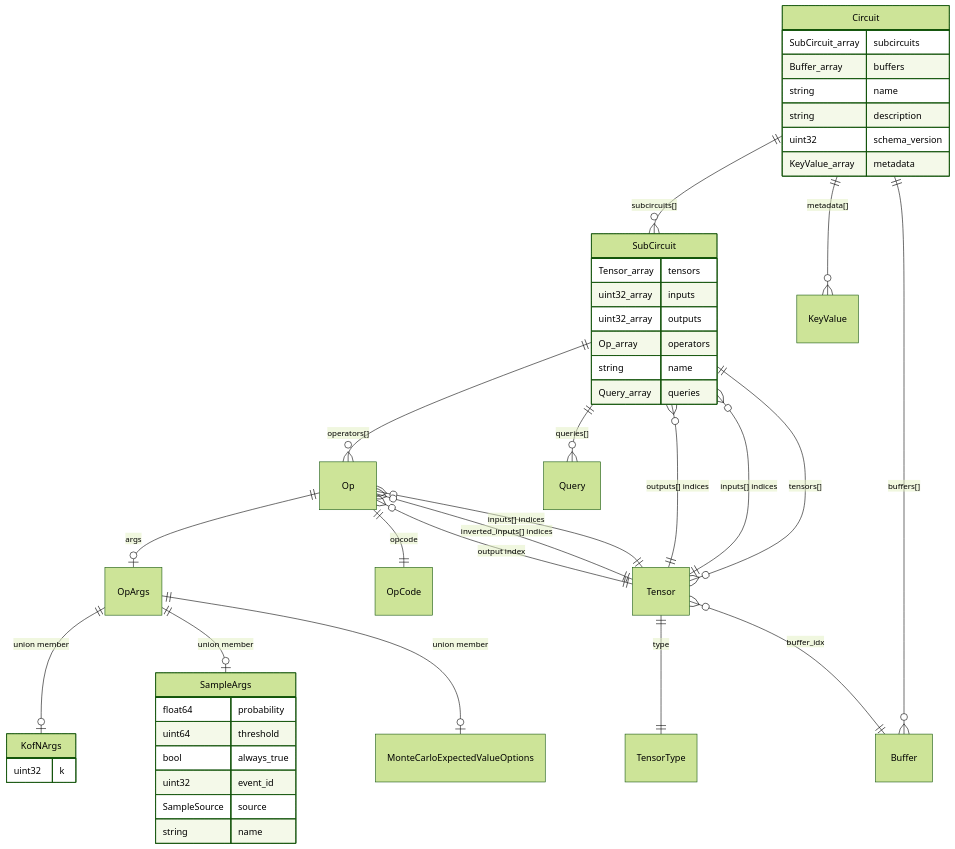
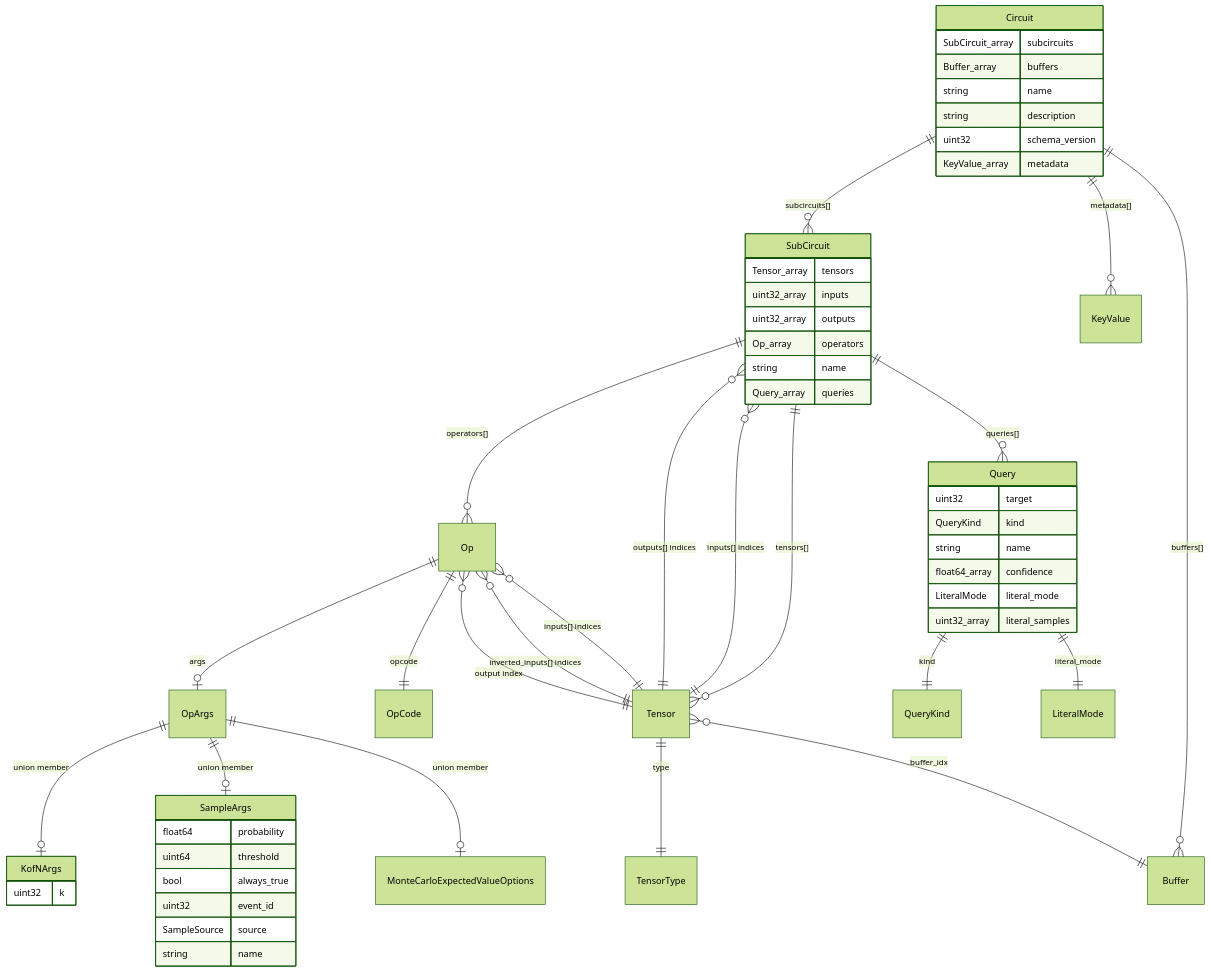
The diagram in README.md (fuzzybit-org/pcfb), drawn with Mermaid (forest theme) before and after one commit. The commit also changed other lines of this file and 22 other files, not shown here.

First line of the commit message:
feat(schema): literal atoms per hull query (v1.2 amendment) (#12)

````diff
--- a/README.md
+++ b/README.md
@@ -50,56 +50,68 @@
 ```mermaid
 erDiagram
     Circuit ||--o{ SubCircuit : "subcircuits[]"
     Circuit ||--o{ Buffer : "buffers[]"
     Circuit ||--o{ KeyValue : "metadata[]"
 
     SubCircuit ||--o{ Tensor : "tensors[]"
     SubCircuit ||--o{ Op : "operators[]"
     SubCircuit ||--o{ Query : "queries[]"
     SubCircuit }o--|| Tensor : "inputs[] indices"
     SubCircuit }o--|| Tensor : "outputs[] indices"
 
     Op ||--|| OpCode : "opcode"
     Op ||--o| OpArgs : "args"
     Op }o--|| Tensor : "inputs[] indices"
     Op }o--|| Tensor : "inverted_inputs[] indices"
     Op }o--|| Tensor : "output index"
 
     Tensor ||--|| TensorType : "type"
     Tensor }o--|| Buffer : "buffer_idx"
 
     OpArgs ||--o| KofNArgs : "union member"
     OpArgs ||--o| SampleArgs : "union member"
     OpArgs ||--o| MonteCarloExpectedValueOptions : "union member"
+
+    Query ||--|| QueryKind : "kind"
+    Query ||--|| LiteralMode : "literal_mode"
 
     Circuit {
         SubCircuit_array subcircuits
         Buffer_array buffers
         string name
         string description
         uint32 schema_version
         KeyValue_array metadata
     }
 
     SubCircuit {
         Tensor_array tensors
         uint32_array inputs
         uint32_array outputs
         Op_array operators
         string name
         Query_array queries
     }
 
     SampleArgs {
         float64 probability
         uint64 threshold
         bool always_true
         uint32 event_id
         SampleSource source
         string name
     }
 
     KofNArgs {
         uint32 k
     }
+
+    Query {
+        uint32 target
+        QueryKind kind
+        string name
+        float64_array confidence
+        LiteralMode literal_mode
+        uint32_array literal_samples
+    }
 ```
````
